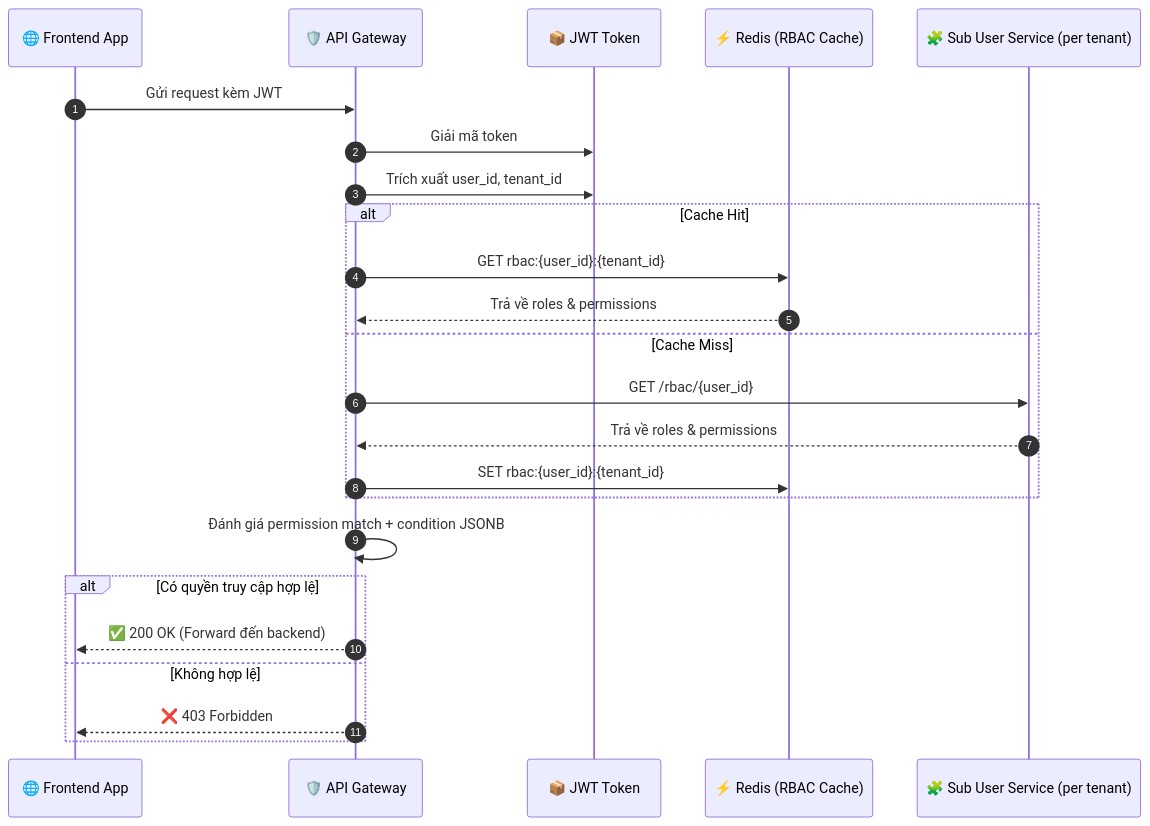
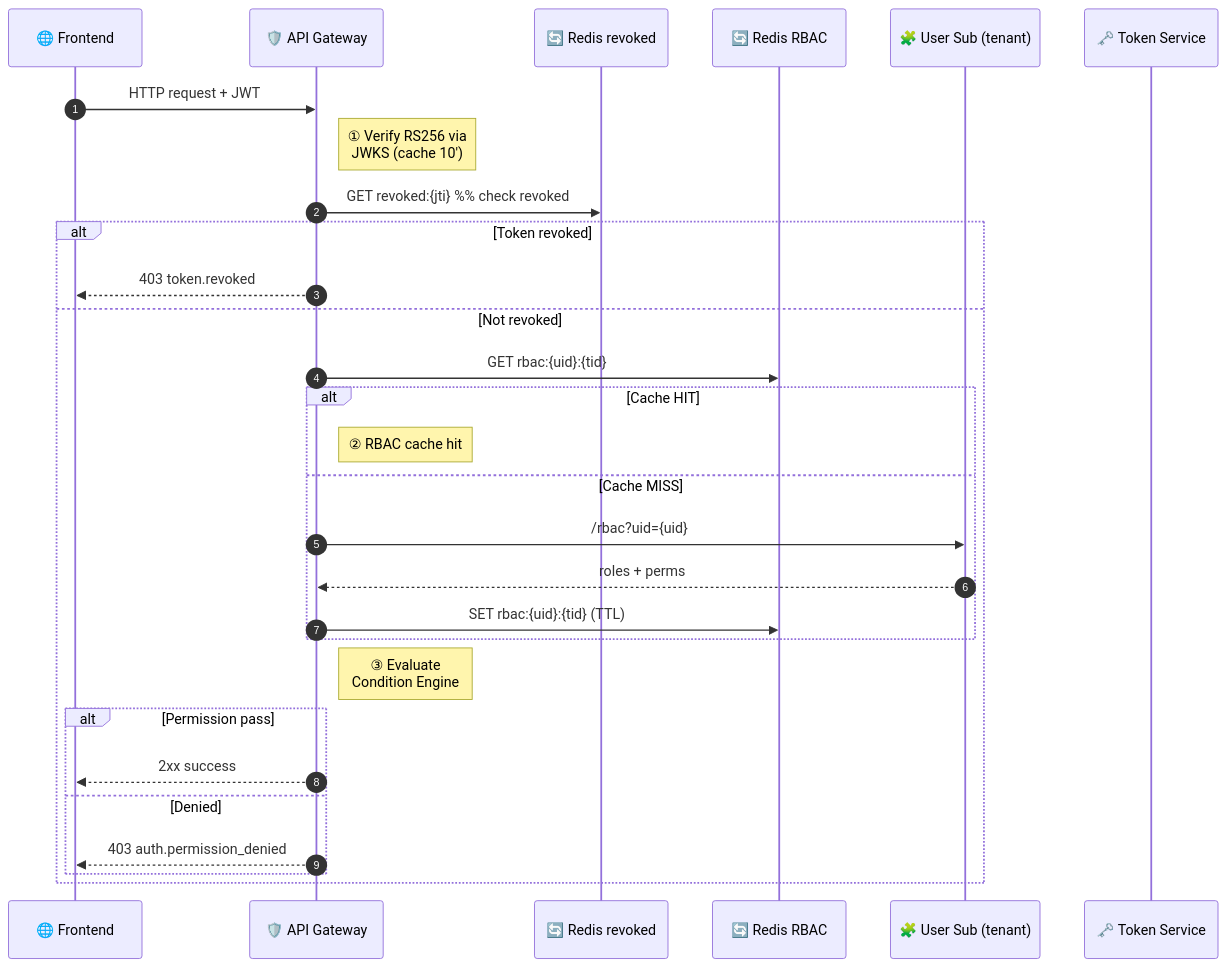
The second of 10 diagrams in docs/architecture/system-diagrams.md (ezdesign-vn/dx-vas), drawn with Mermaid before and after one commit. The commit also changed other lines of this file, not shown here.

````diff
--- a/docs/architecture/system-diagrams.md
+++ b/docs/architecture/system-diagrams.md
@@ -157,31 +135,32 @@
 ```mermaid
 sequenceDiagram
     autonumber
-    participant Frontend as 🌐 Frontend App
-    participant Gateway as 🛡️ API Gateway
-    participant JWT as 📦 JWT Token
-    participant Redis as ⚡ Redis (RBAC Cache)
-    participant SubUser as 🧩 Sub User Service (per tenant)
+    participant FE      as 🌐 Frontend
+    participant APIGW   as 🛡️ API Gateway
+    participant RedisRev as 🔄 Redis revoked
+    participant RedisRBAC as 🔄 Redis RBAC
+    participant UserSub as 🧩 User Sub (tenant)
+    participant TokenSvc as 🗝️ Token Service
 
-    Frontend->>Gateway: Gửi request kèm JWT
-
-    Gateway->>JWT: Giải mã token
-    Gateway->>JWT: Trích xuất user_id, tenant_id
-
-    alt Cache Hit
-        Gateway->>Redis: GET rbac:{user_id}:{tenant_id}
-        Redis-->>Gateway: Trả về roles & permissions
-    else Cache Miss
-        Gateway->>SubUser: GET /rbac/{user_id}
-        SubUser-->>Gateway: Trả về roles & permissions
-        Gateway->>Redis: SET rbac:{user_id}:{tenant_id}
-    end
-
-    Gateway->>Gateway: Đánh giá permission match + condition JSONB
-
-    alt Có quyền truy cập hợp lệ
-        Gateway-->>Frontend: ✅ 200 OK (Forward đến backend)
-    else Không hợp lệ
-        Gateway-->>Frontend: ❌ 403 Forbidden
+    FE->>APIGW: HTTP request + JWT
+    Note right of APIGW: ① Verify RS256 via<br/>JWKS (cache 10′)
+    APIGW->>RedisRev: GET revoked:{jti}       %% check revoked
+    alt Token revoked
+        APIGW-->>FE: 403 token.revoked
+    else Not revoked
+        APIGW->>RedisRBAC: GET rbac:{uid}:{tid}
+        alt Cache HIT
+            Note right of APIGW: ② RBAC cache hit
+        else Cache MISS
+            APIGW->>UserSub: /rbac?uid={uid}
+            UserSub-->>APIGW: roles + perms
+            APIGW->>RedisRBAC: SET rbac:{uid}:{tid} (TTL)
+        end
+        Note right of APIGW: ③ Evaluate<br/>Condition Engine
+        alt Permission pass
+            APIGW-->>FE: 2xx success
+        else Denied
+            APIGW-->>FE: 403 auth.permission_denied
+        end
     end
 ```
````
